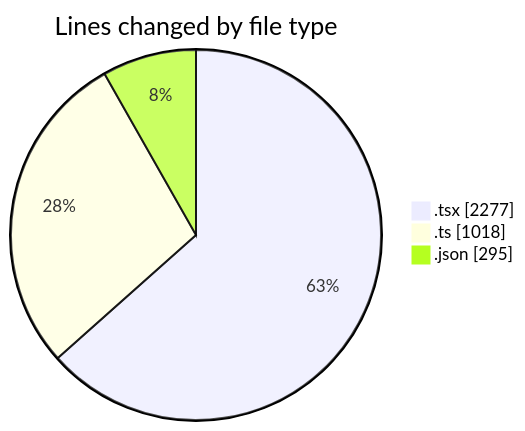
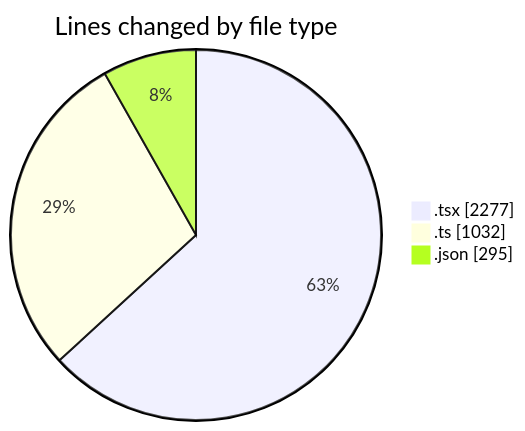
One commit to julien-gomy/code-tracking changed the first of 2 diagrams in 2025-10-09/eventscop-frontend-guide__workspace_/README.md. Above: the diagram before and after it, drawn with Mermaid. The commit also changed other lines of this file and 1 other file, not shown here.

````diff
--- a/2025-10-09/eventscop-frontend-guide__workspace_/README.md
+++ b/2025-10-09/eventscop-frontend-guide__workspace_/README.md
@@ -40,7 +40,7 @@
 ```mermaid
 pie showData
 title Lines changed by file type
 ".tsx" : 2277
-".ts" : 1018
+".ts" : 1032
 ".json" : 295
 ```
````
